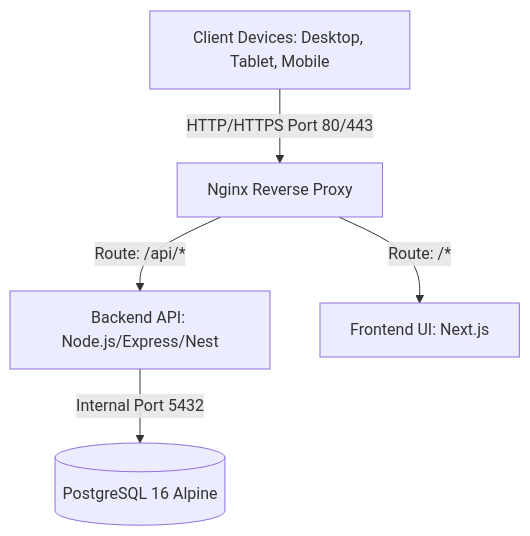
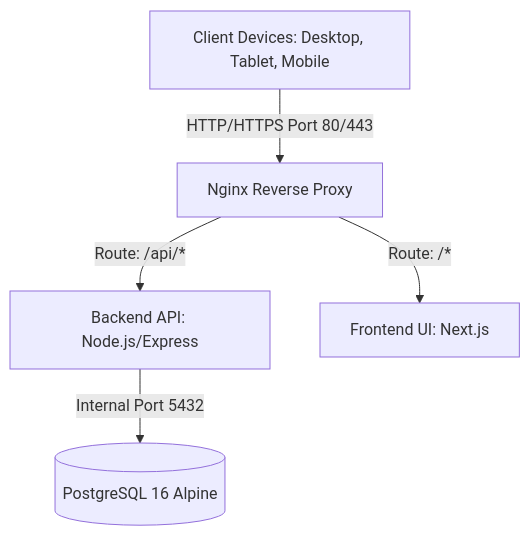
One commit to BenjaminHung8405/print-cost changed the diagram in .agent/instruction.md. Above: the diagram before and after it, drawn with Mermaid. The commit also changed other lines of this file and 63 other files, not shown here.

````diff
--- a/.agent/instruction.md
+++ b/.agent/instruction.md
@@ -12,7 +12,7 @@
 ```mermaid
 graph TD
     Client[Client Devices: Desktop, Tablet, Mobile] -->|HTTP/HTTPS Port 80/443| Nginx[Nginx Reverse Proxy]
-    Nginx -->|Route: /api/*| Backend[Backend API: Node.js/Express/Nest]
+    Nginx -->|Route: /api/*| Backend[Backend API: Node.js/Express]
     Nginx -->|Route: /*| Frontend[Frontend UI: Next.js]
     Backend -->|Internal Port 5432| DB[(PostgreSQL 16 Alpine)]
 ```
````
